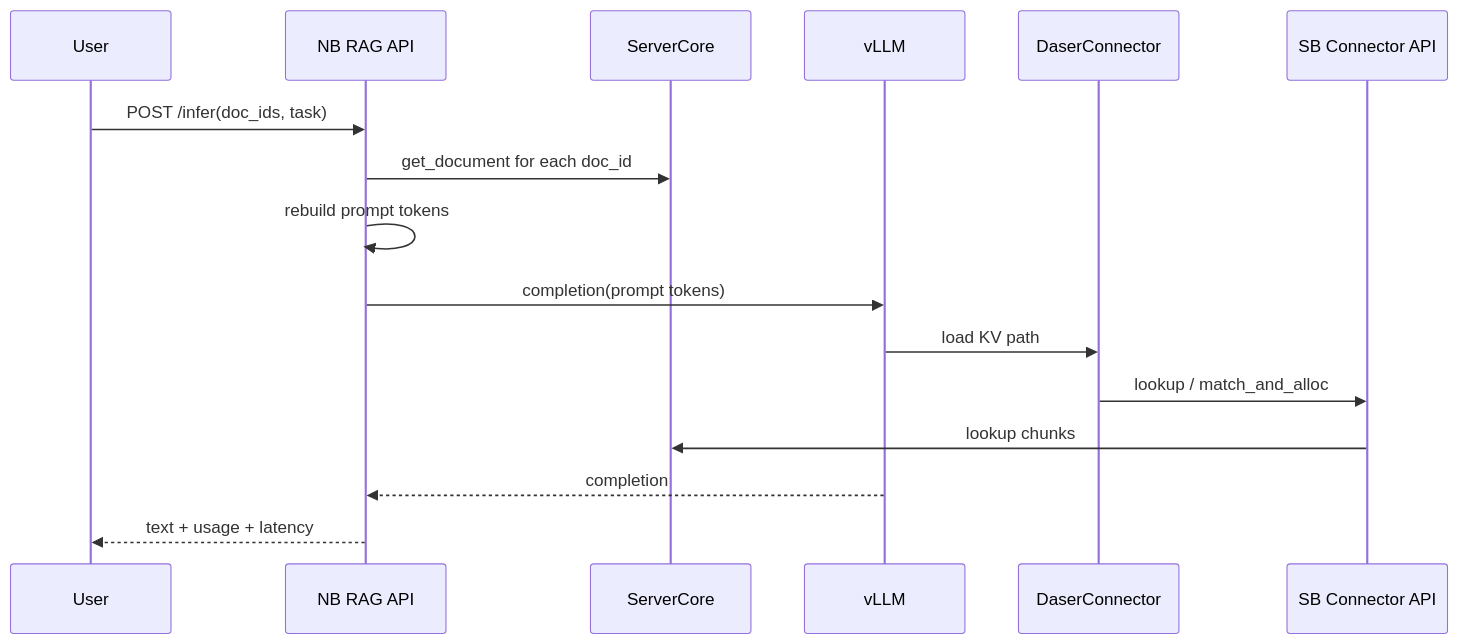
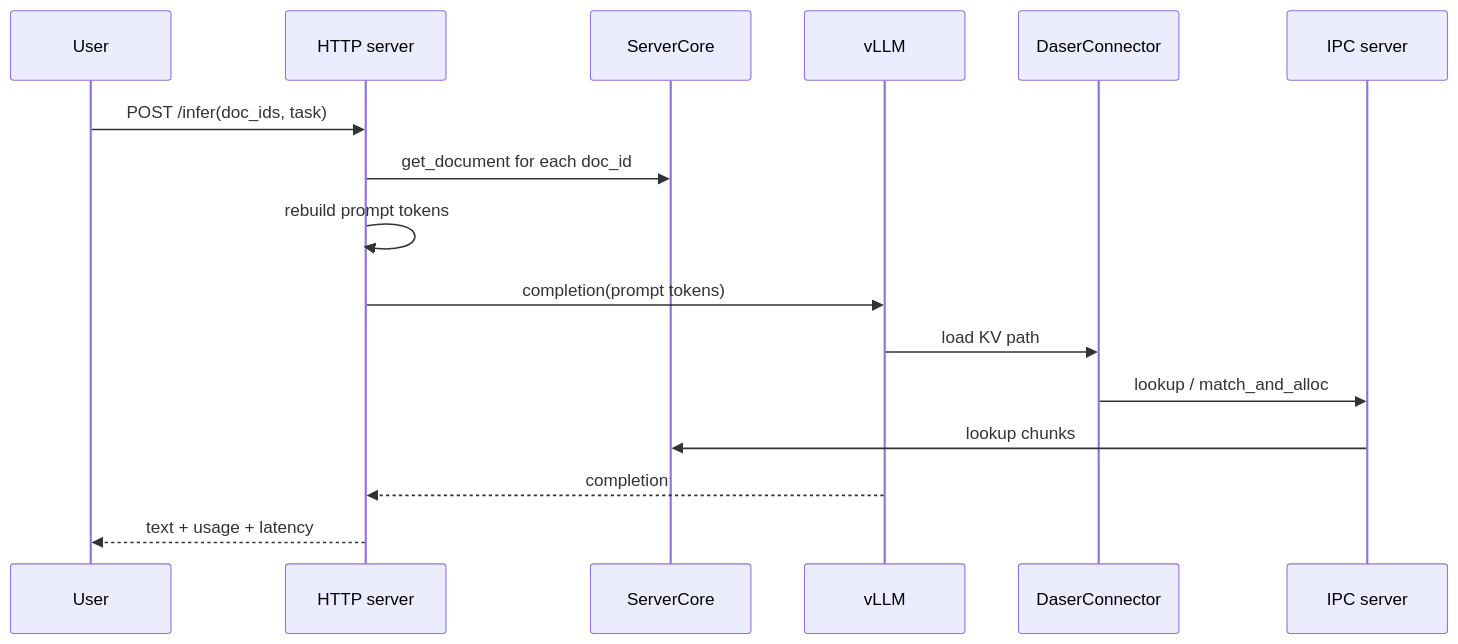
The third of 3 diagrams in docs/design/serve.md (GentleCold/DaseR), drawn with Mermaid before and after one commit. The commit also changed other lines of this file and 27 other files, not shown here.

````diff
--- a/docs/design/serve.md
+++ b/docs/design/serve.md
@@ -180,19 +180,19 @@
 ```mermaid
 sequenceDiagram
     participant U as User
-    participant NB as NB RAG API
+    participant HTTP as HTTP server
     participant C as ServerCore
     participant V as vLLM
     participant DC as DaserConnector
-    participant SB as SB Connector API
+    participant IPC as IPC server
 
-    U->>NB: POST /infer(doc_ids, task)
-    NB->>C: get_document for each doc_id
-    NB->>NB: rebuild prompt tokens
-    NB->>V: completion(prompt tokens)
+    U->>HTTP: POST /infer(doc_ids, task)
+    HTTP->>C: get_document for each doc_id
+    HTTP->>HTTP: rebuild prompt tokens
+    HTTP->>V: completion(prompt tokens)
     V->>DC: load KV path
-    DC->>SB: lookup / match_and_alloc
-    SB->>C: lookup chunks
-    V-->>NB: completion
-    NB-->>U: text + usage + latency
+    DC->>IPC: lookup / match_and_alloc
+    IPC->>C: lookup chunks
+    V-->>HTTP: completion
+    HTTP-->>U: text + usage + latency
 ```
````
